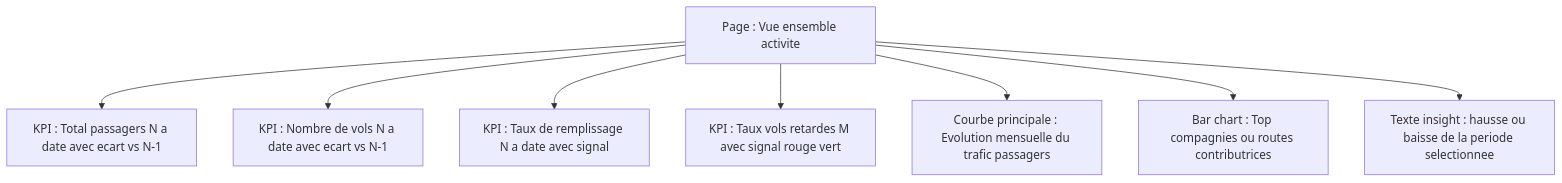
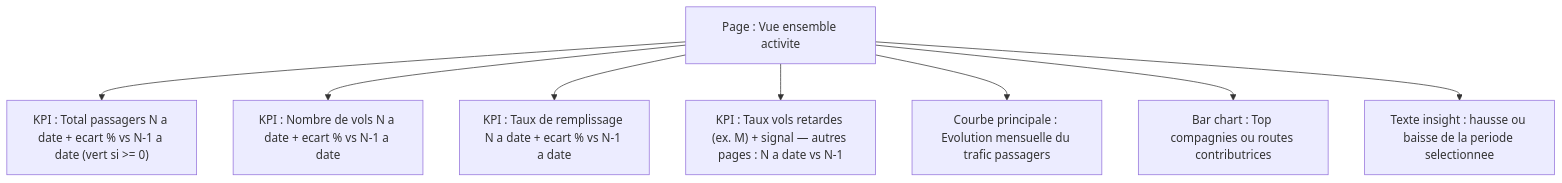
The first of 4 diagrams in PBIP/Airports.Report/cadrage-regeneration-airports.md (chris97425/testfred), drawn with Mermaid before and after one commit. The commit also changed 21 other files, not shown here.

````diff
--- a/PBIP/Airports.Report/cadrage-regeneration-airports.md
+++ b/PBIP/Airports.Report/cadrage-regeneration-airports.md
@@ -28,18 +28,18 @@
 ```mermaid
 flowchart TB
     A["Page : Vue ensemble activite"]
-    B["KPI : Total passagers N a date avec ecart vs N-1"]
-    C["KPI : Nombre de vols N a date avec ecart vs N-1"]
-    D["KPI : Taux de remplissage N a date avec signal"]
-    E["KPI : Taux vols retardes M avec signal rouge vert"]
+    B["KPI : Total passagers N a date + ecart % vs N-1 a date (vert si >= 0)"]
+    C["KPI : Nombre de vols N a date + ecart % vs N-1 a date"]
+    D["KPI : Taux de remplissage N a date + ecart % vs N-1 a date"]
+    E["KPI : Taux vols retardes (ex. M) + signal — autres pages : N a date vs N-1"]
     F["Courbe principale : Evolution mensuelle du trafic passagers"]
     G["Bar chart : Top compagnies ou routes contributrices"]
     H["Texte insight : hausse ou baisse de la periode selectionnee"]
     A --> B
     A --> C
     A --> D
     A --> E
     A --> F
     A --> G
     A --> H
 ```
````
